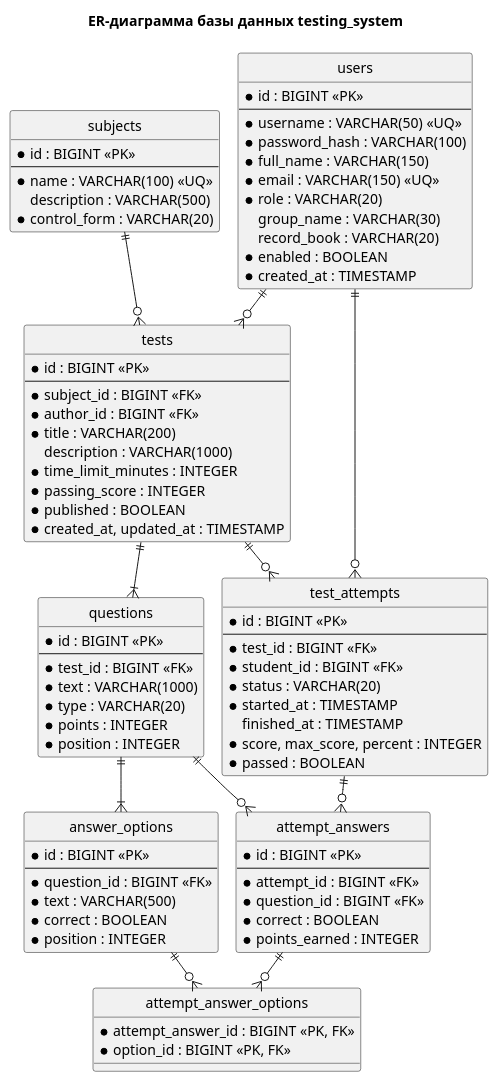
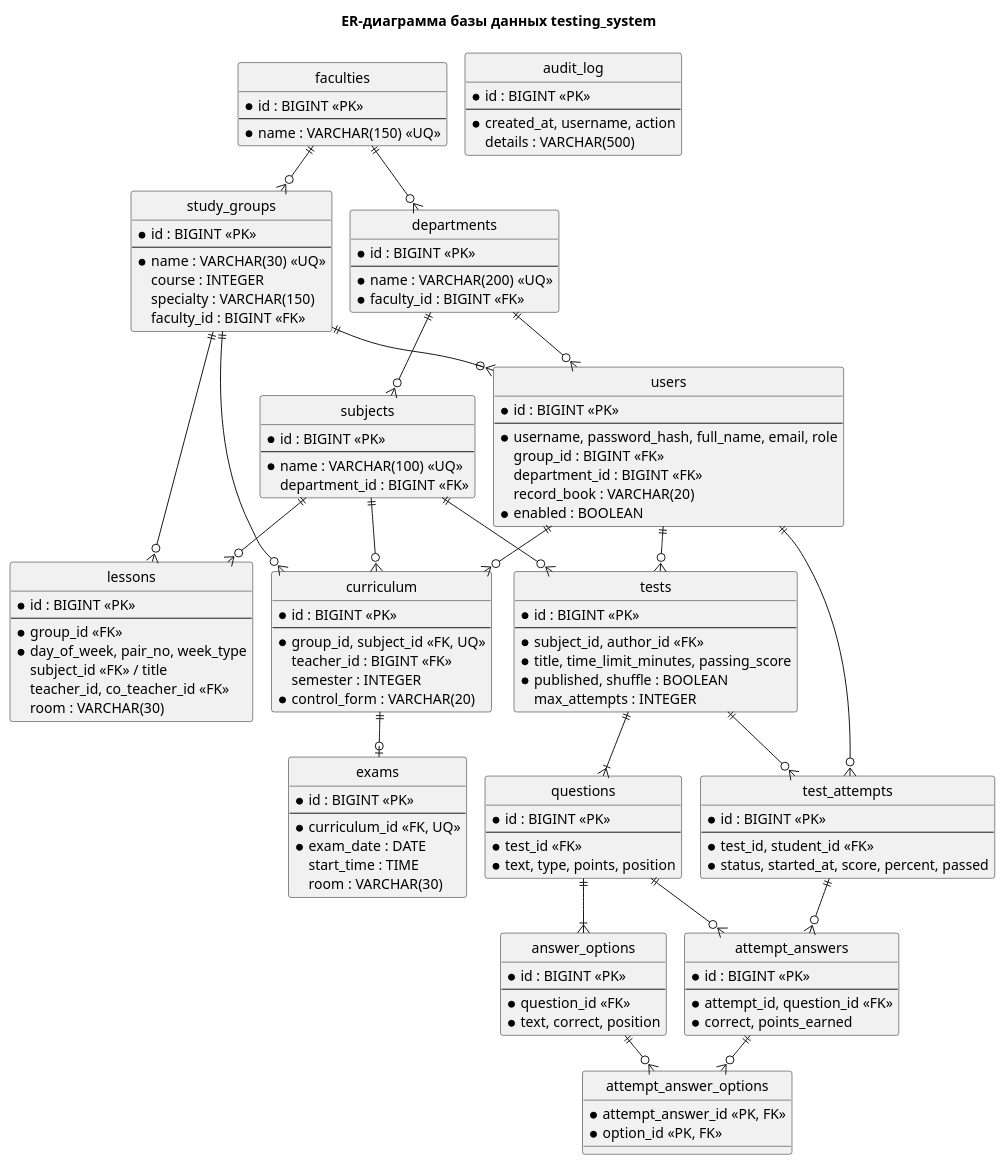
The diagram in docs/uml/5_er.puml (ChibryakovT/student-testing-system), drawn with PlantUML before and after one commit. The commit also changed 15 other files, not shown here.

```diff
--- a/docs/uml/5_er.puml
+++ b/docs/uml/5_er.puml
@@ -1,91 +1,131 @@
 @startuml er
 !pragma layout smetana
 skinparam defaultFontName Arial
 hide circle
 skinparam linetype ortho
 title ER-диаграмма базы данных testing_system
 
+entity faculties {
+  * id : BIGINT <<PK>>
+  --
+  * name : VARCHAR(150) <<UQ>>
+}
+entity departments {
+  * id : BIGINT <<PK>>
+  --
+  * name : VARCHAR(200) <<UQ>>
+  * faculty_id : BIGINT <<FK>>
+}
+entity study_groups {
+  * id : BIGINT <<PK>>
+  --
+  * name : VARCHAR(30) <<UQ>>
+  course : INTEGER
+  specialty : VARCHAR(150)
+  faculty_id : BIGINT <<FK>>
+}
 entity users {
   * id : BIGINT <<PK>>
   --
-  * username : VARCHAR(50) <<UQ>>
-  * password_hash : VARCHAR(100)
-  * full_name : VARCHAR(150)
-  * email : VARCHAR(150) <<UQ>>
-  * role : VARCHAR(20)
-  group_name : VARCHAR(30)
+  * username, password_hash, full_name, email, role
+  group_id : BIGINT <<FK>>
+  department_id : BIGINT <<FK>>
   record_book : VARCHAR(20)
   * enabled : BOOLEAN
-  * created_at : TIMESTAMP
 }
 entity subjects {
   * id : BIGINT <<PK>>
   --
   * name : VARCHAR(100) <<UQ>>
-  description : VARCHAR(500)
+  department_id : BIGINT <<FK>>
+}
+entity curriculum {
+  * id : BIGINT <<PK>>
+  --
+  * group_id, subject_id <<FK, UQ>>
+  teacher_id : BIGINT <<FK>>
+  semester : INTEGER
   * control_form : VARCHAR(20)
+}
+entity lessons {
+  * id : BIGINT <<PK>>
+  --
+  * group_id <<FK>>
+  * day_of_week, pair_no, week_type
+  subject_id <<FK>> / title
+  teacher_id, co_teacher_id <<FK>>
+  room : VARCHAR(30)
+}
+entity exams {
+  * id : BIGINT <<PK>>
+  --
+  * curriculum_id <<FK, UQ>>
+  * exam_date : DATE
+  start_time : TIME
+  room : VARCHAR(30)
 }
 entity tests {
   * id : BIGINT <<PK>>
   --
-  * subject_id : BIGINT <<FK>>
-  * author_id : BIGINT <<FK>>
-  * title : VARCHAR(200)
-  description : VARCHAR(1000)
-  * time_limit_minutes : INTEGER
-  * passing_score : INTEGER
-  * published : BOOLEAN
-  * created_at, updated_at : TIMESTAMP
+  * subject_id, author_id <<FK>>
+  * title, time_limit_minutes, passing_score
+  * published, shuffle : BOOLEAN
+  max_attempts : INTEGER
 }
 entity questions {
   * id : BIGINT <<PK>>
   --
-  * test_id : BIGINT <<FK>>
-  * text : VARCHAR(1000)
-  * type : VARCHAR(20)
-  * points : INTEGER
-  * position : INTEGER
+  * test_id <<FK>>
+  * text, type, points, position
 }
 entity answer_options {
   * id : BIGINT <<PK>>
   --
-  * question_id : BIGINT <<FK>>
-  * text : VARCHAR(500)
-  * correct : BOOLEAN
-  * position : INTEGER
+  * question_id <<FK>>
+  * text, correct, position
 }
 entity test_attempts {
   * id : BIGINT <<PK>>
   --
-  * test_id : BIGINT <<FK>>
-  * student_id : BIGINT <<FK>>
-  * status : VARCHAR(20)
-  * started_at : TIMESTAMP
-  finished_at : TIMESTAMP
-  * score, max_score, percent : INTEGER
-  * passed : BOOLEAN
+  * test_id, student_id <<FK>>
+  * status, started_at, score, percent, passed
 }
 entity attempt_answers {
   * id : BIGINT <<PK>>
   --
-  * attempt_id : BIGINT <<FK>>
-  * question_id : BIGINT <<FK>>
-  * correct : BOOLEAN
-  * points_earned : INTEGER
+  * attempt_id, question_id <<FK>>
+  * correct, points_earned
 }
 entity attempt_answer_options {
-  * attempt_answer_id : BIGINT <<PK, FK>>
-  * option_id : BIGINT <<PK, FK>>
+  * attempt_answer_id <<PK, FK>>
+  * option_id <<PK, FK>>
+}
+entity audit_log {
+  * id : BIGINT <<PK>>
+  --
+  * created_at, username, action
+  details : VARCHAR(500)
 }
 
+faculties ||--o{ departments
+faculties ||--o{ study_groups
+departments ||--o{ users
+departments ||--o{ subjects
+study_groups ||--o{ users
+study_groups ||--o{ curriculum
+subjects ||--o{ curriculum
+users ||--o{ curriculum
+curriculum ||--o| exams
+study_groups ||--o{ lessons
+subjects ||--o{ lessons
 subjects ||--o{ tests
 users ||--o{ tests
 tests ||--|{ questions
 questions ||--|{ answer_options
+tests ||--o{ test_attempts
 users ||--o{ test_attempts
-tests ||--o{ test_attempts
 test_attempts ||--o{ attempt_answers
 questions ||--o{ attempt_answers
 attempt_answers ||--o{ attempt_answer_options
 answer_options ||--o{ attempt_answer_options
 @enduml
```
